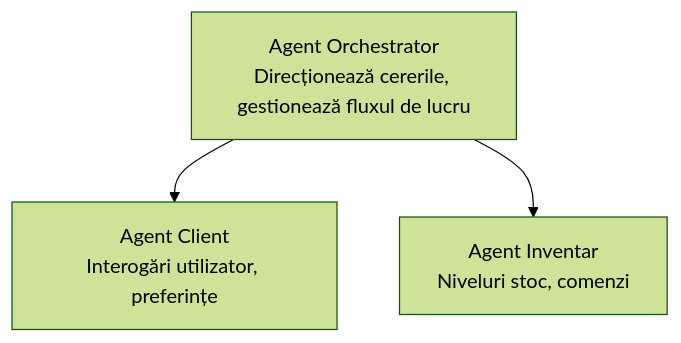
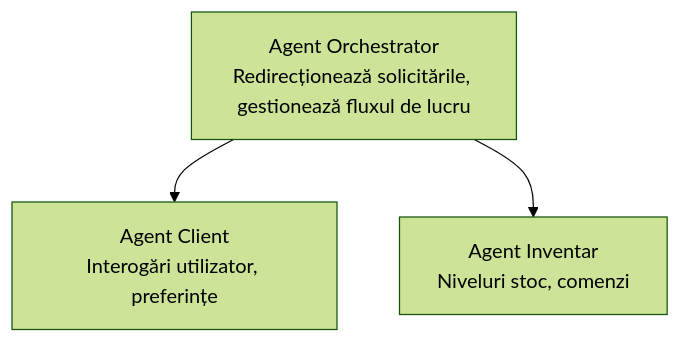
The diagram in translations/ro/docs/chapter-05-multi-agent/README.md (microsoft/AZD-for-beginners), drawn with Mermaid (forest theme) before and after one commit. The commit also changed other lines of this file and 59 other files, not shown here.

````diff
--- a/translations/ro/docs/chapter-05-multi-agent/README.md
+++ b/translations/ro/docs/chapter-05-multi-agent/README.md
@@ -54,5 +54,5 @@
 ```mermaid
 graph TD
-    Orchestrator[Agent Orchestrator<br/>Direcționează cererile, gestionează fluxul de lucru] --> Customer[Agent Client<br/>Interogări utilizator, preferințe]
+    Orchestrator[Agent Orchestrator<br/>Redirecționează solicitările, gestionează fluxul de lucru] --> Customer[Agent Client<br/>Interogări utilizator, preferințe]
     Orchestrator --> Inventory[Agent Inventar<br/>Niveluri stoc, comenzi]
 ```
````
